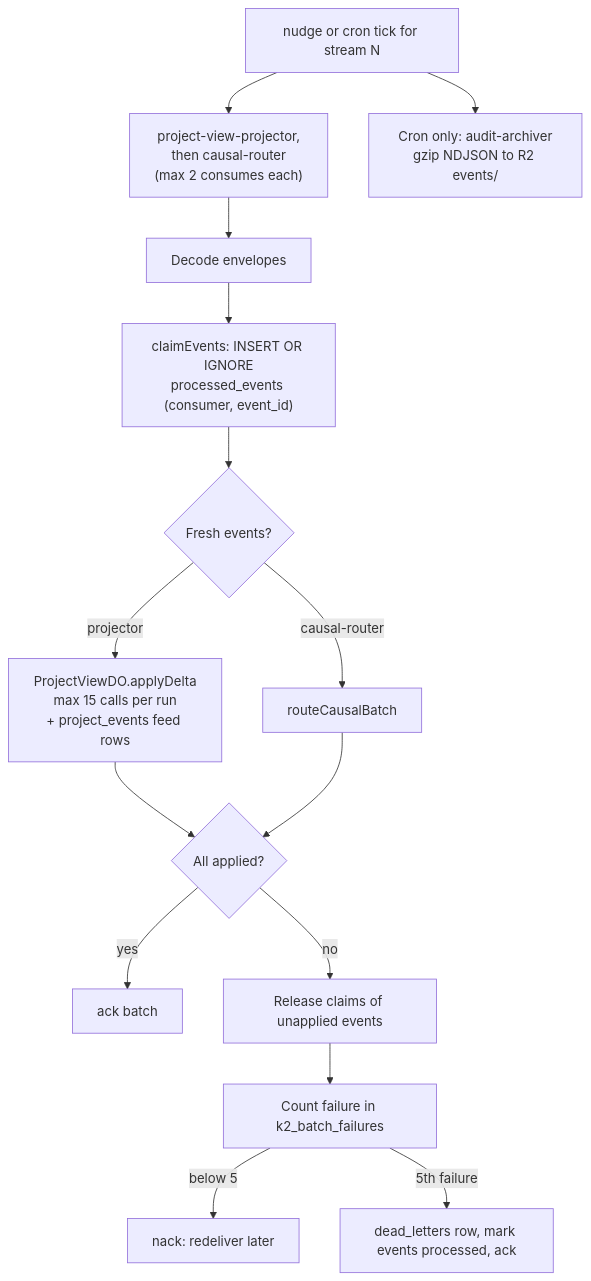
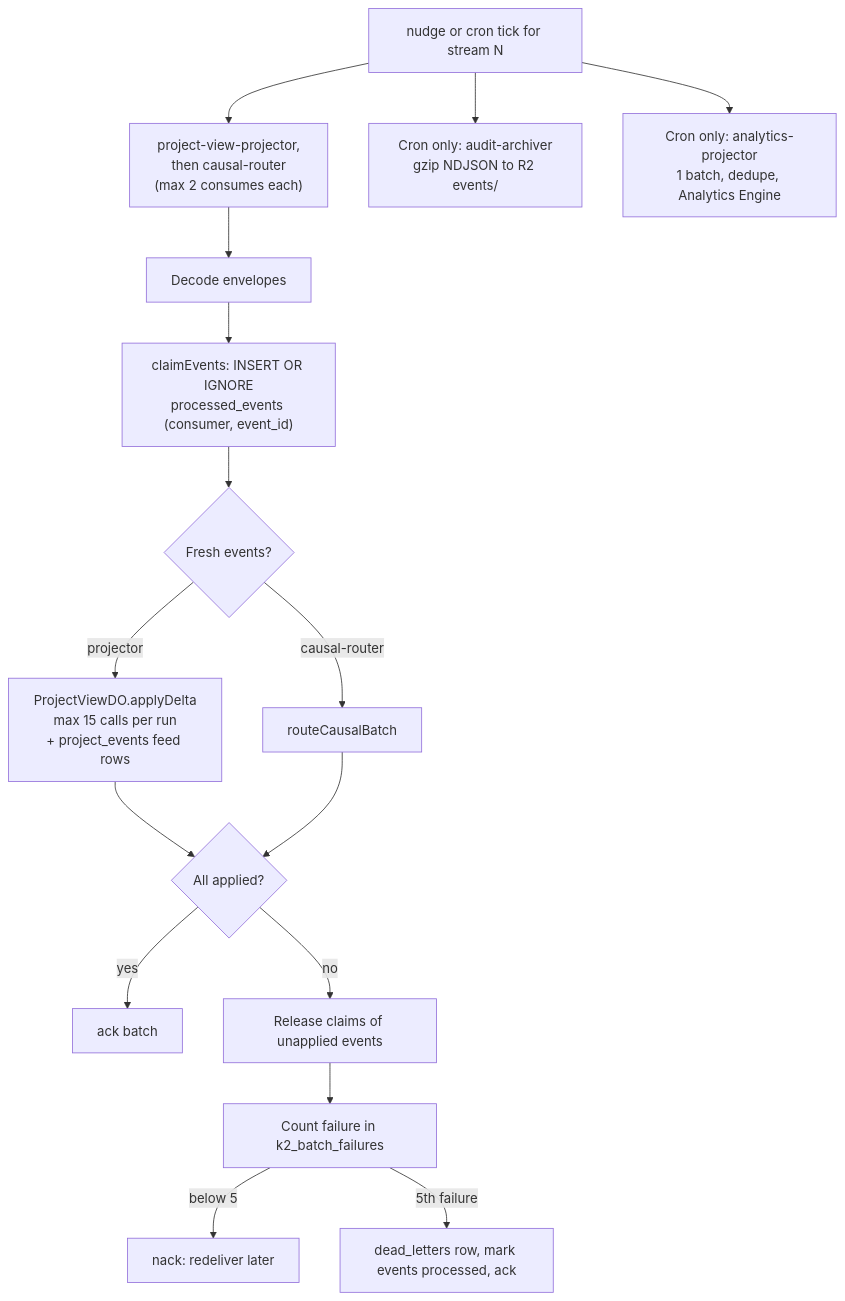
Before and after one commit to nsudhanva/rhumbatron: the third of 7 diagrams in docs/architecture/events-and-commands.md, drawn with Mermaid. The commit also changed other lines of this file and 2 other files, not shown here.

Commit message:
docs(docs): document the analytics projector, policy snapshot, and start queues

````diff
--- a/docs/architecture/events-and-commands.md
+++ b/docs/architecture/events-and-commands.md
@@ -77,17 +77,18 @@
 ```mermaid
 flowchart TB
   START["nudge or cron tick for stream N"] --> SUBS["project-view-projector,<br/>then causal-router<br/>(max 2 consumes each)"]
   SUBS --> DEC["Decode envelopes"]
   DEC --> CLAIM["claimEvents: INSERT OR IGNORE<br/>processed_events (consumer, event_id)"]
   CLAIM --> FRESH{"Fresh events?"}
   FRESH -->|"projector"| PV["ProjectViewDO.applyDelta<br/>max 15 calls per run<br/>+ project_events feed rows"]
   FRESH -->|"causal-router"| CR["routeCausalBatch"]
   PV --> OK{"All applied?"}
   CR --> OK
   OK -->|"yes"| ACK["ack batch"]
   OK -->|"no"| REL["Release claims of unapplied events"]
   REL --> CNT["Count failure in k2_batch_failures"]
   CNT -->|"below 5"| NACK["nack: redeliver later"]
   CNT -->|"5th failure"| DL["dead_letters row, mark events processed, ack"]
   START --> ARC["Cron only: audit-archiver<br/>gzip NDJSON to R2 events/"]
+  START --> AN["Cron only: analytics-projector<br/>1 batch, dedupe, Analytics Engine"]
 ```
````
